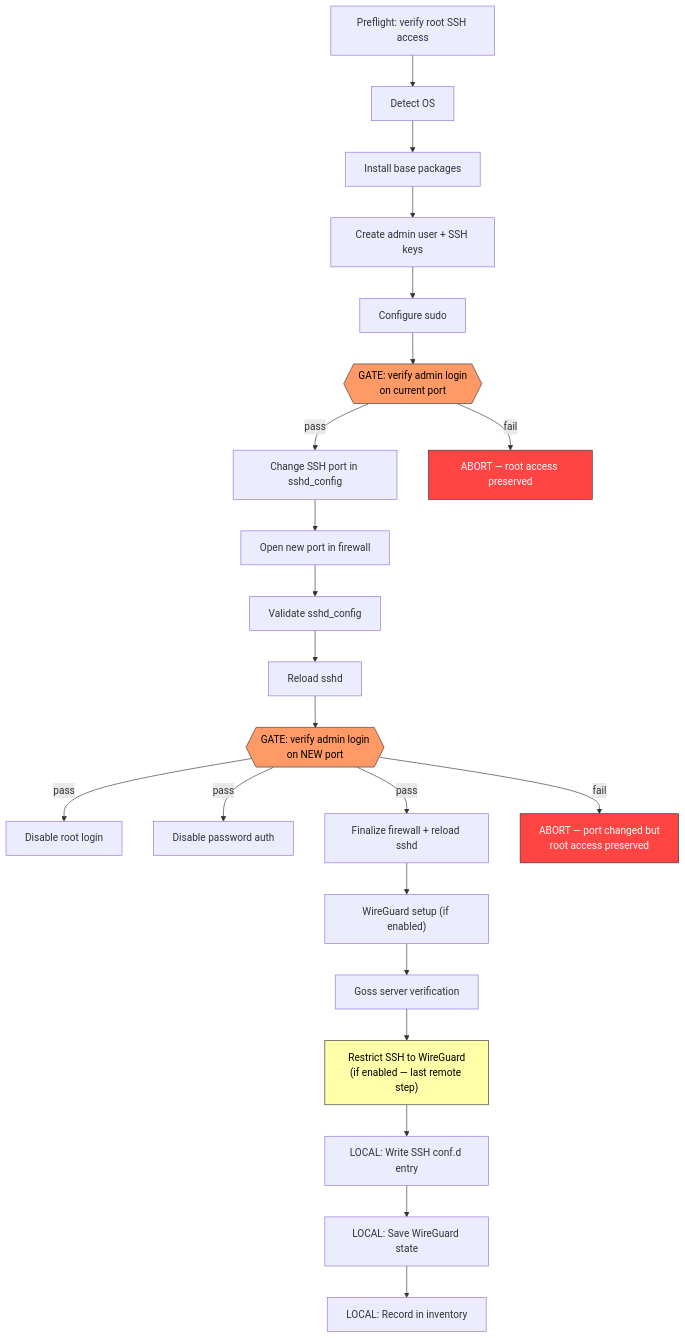
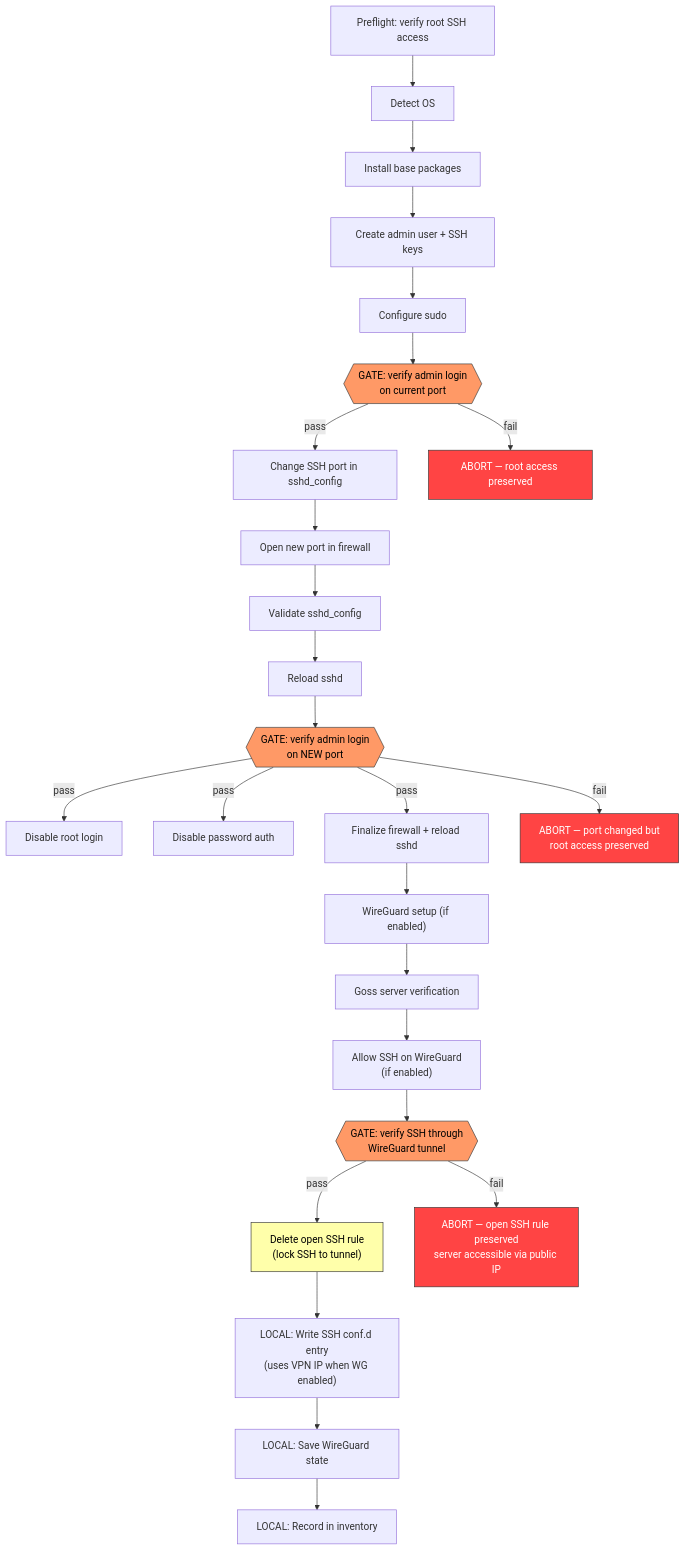
One commit to 1ops-eu/nodeforge changed the second of 2 diagrams in README.md. Above: the diagram before and after it, drawn with Mermaid. The commit also changed other lines of this file and 20 other files, not shown here.

First line of the commit message:
feat(v0.6.3): WireGuard tunnel lifecycle + SSH lockout prevention

````diff
--- a/README.md
+++ b/README.md
@@ -420,37 +428,44 @@
 ```mermaid
 flowchart TD
     A["Preflight: verify root SSH access"] --> B["Detect OS"]
     B --> C["Install base packages"]
     C --> D["Create admin user + SSH keys"]
     D --> E["Configure sudo"]
 
     E --> G1{{"GATE: verify admin login<br/>on current port"}}
 
     G1 -->|pass| F["Change SSH port in sshd_config"]
     G1 -->|fail| ABORT1["ABORT — root access preserved"]
 
     F --> FW["Open new port in firewall"]
     FW --> V["Validate sshd_config"]
     V --> R["Reload sshd"]
 
     R --> G2{{"GATE: verify admin login<br/>on NEW port"}}
 
     G2 -->|pass| H["Disable root login"]
     G2 -->|pass| I["Disable password auth"]
     G2 -->|pass| J["Finalize firewall + reload sshd"]
     G2 -->|fail| ABORT2["ABORT — port changed but<br/>root access preserved"]
 
     J --> WG["WireGuard setup (if enabled)"]
     WG --> GOSS["Goss server verification"]
-    GOSS --> WG_LOCK["Restrict SSH to WireGuard<br/>(if enabled — last remote step)"]
+    GOSS --> WG_ALLOW["Allow SSH on WireGuard<br/>(if enabled)"]
 
-    WG_LOCK --> L1["LOCAL: Write SSH conf.d entry"]
+    WG_ALLOW --> G3{{"GATE: verify SSH through<br/>WireGuard tunnel"}}
+
+    G3 -->|pass| WG_LOCK["Delete open SSH rule<br/>(lock SSH to tunnel)"]
+    G3 -->|fail| ABORT3["ABORT — open SSH rule preserved<br/>server accessible via public IP"]
+
+    WG_LOCK --> L1["LOCAL: Write SSH conf.d entry<br/>(uses VPN IP when WG enabled)"]
     L1 --> L2["LOCAL: Save WireGuard state"]
     L2 --> L3["LOCAL: Record in inventory"]
 
     style G1 fill:#f96,stroke:#333,color:#000
     style G2 fill:#f96,stroke:#333,color:#000
+    style G3 fill:#f96,stroke:#333,color:#000
     style ABORT1 fill:#f44,stroke:#333,color:#fff
     style ABORT2 fill:#f44,stroke:#333,color:#fff
+    style ABORT3 fill:#f44,stroke:#333,color:#fff
     style WG_LOCK fill:#ffa,stroke:#333,color:#000
 ```
````
